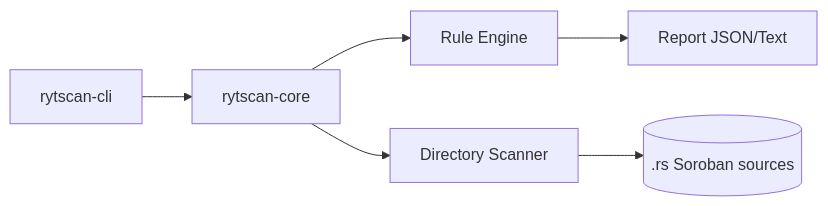
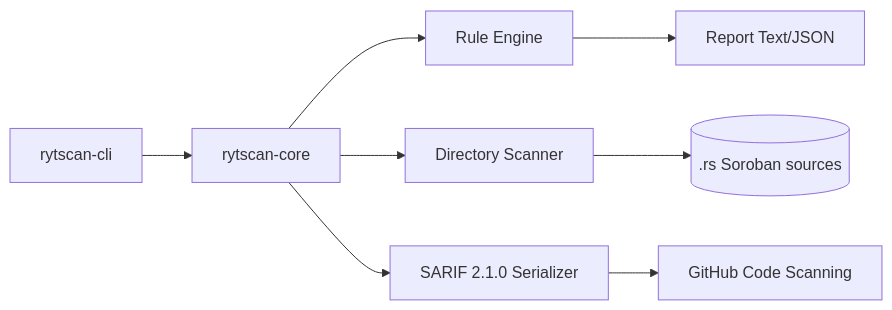
Before and after one commit to BreachDirect/RytScan: the first of 3 diagrams in docs/architecture.md, drawn with Mermaid. The commit also changed other lines of this file and 18 other files, not shown here.

First line of the commit message:
feat: expand to 9 rules, add SARIF output, CI, and contributor docs

````diff
--- a/docs/architecture.md
+++ b/docs/architecture.md
@@ -10,8 +10,10 @@
 ```mermaid
 graph LR
     CLI[rytscan-cli] --> CORE[rytscan-core]
     CORE --> RULES[Rule Engine]
     CORE --> SCAN[Directory Scanner]
-    RULES --> OUT[Report JSON/Text]
+    RULES --> OUT[Report Text/JSON]
+    CORE --> SARIF[SARIF 2.1.0 Serializer]
+    SARIF --> GCS[GitHub Code Scanning]
     SCAN --> FS[(.rs Soroban sources)]
 ```
````
